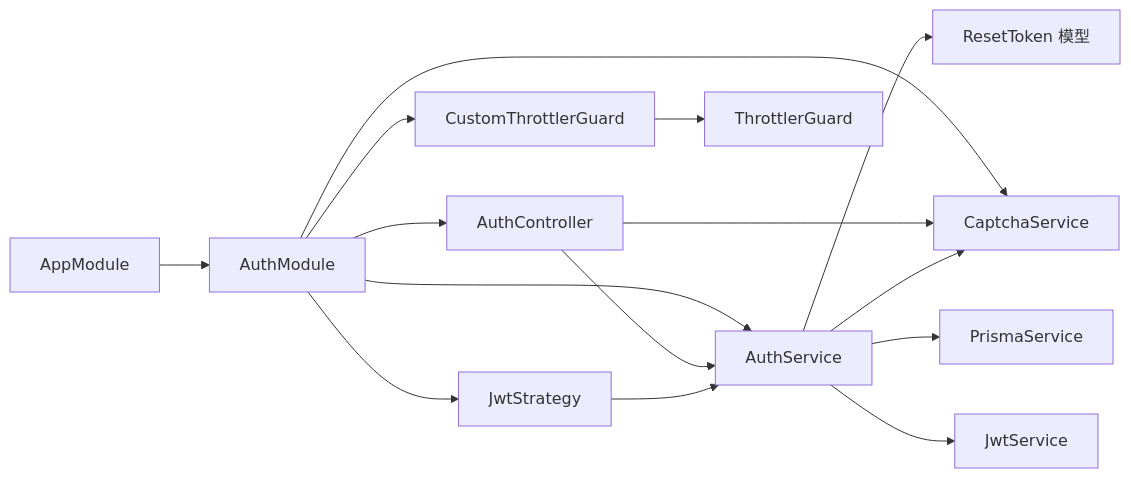
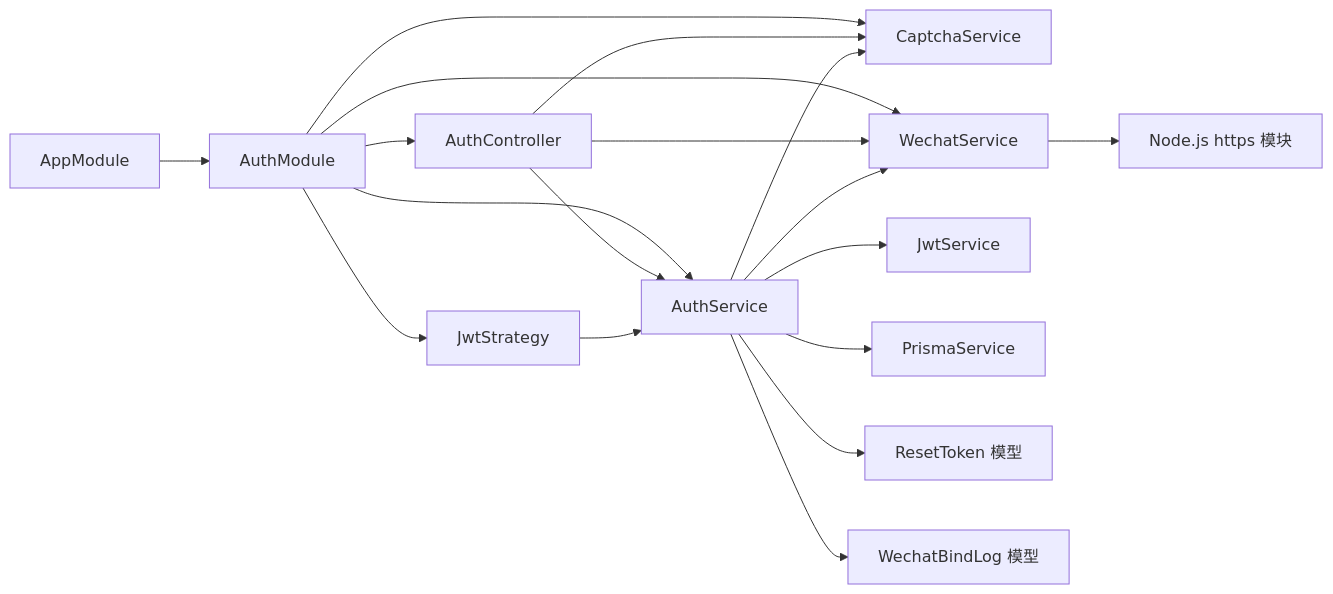
Diagram 15 of 15 in .qoder/repowiki/zh/content/后端开发指南/核心模块详解/认证模块.md (lsqwawa/free-dress), drawn with Mermaid before and after one commit. The commit also changed other lines of this file and 71 other files, not shown here.

````diff
--- a/.qoder/repowiki/zh/content/后端开发指南/核心模块详解/认证模块.md
+++ b/.qoder/repowiki/zh/content/后端开发指南/核心模块详解/认证模块.md
@@ -498,17 +652,20 @@
 ```mermaid
 graph LR
 AppModule["AppModule"] --> AuthModule["AuthModule"]
 AuthModule --> AuthController["AuthController"]
 AuthModule --> AuthService["AuthService"]
 AuthModule --> JwtStrategy["JwtStrategy"]
 AuthModule --> CaptchaService["CaptchaService"]
-AuthModule --> CustomThrottlerGuard["CustomThrottlerGuard"]
+AuthModule --> WechatService["WechatService"]
 AuthController --> AuthService
 AuthController --> CaptchaService
+AuthController --> WechatService
 AuthService --> JwtService["JwtService"]
 AuthService --> PrismaService["PrismaService"]
 AuthService --> CaptchaService
+AuthService --> WechatService
 AuthService --> ResetToken["ResetToken 模型"]
+AuthService --> WechatBindLog["WechatBindLog 模型"]
 JwtStrategy --> AuthService
-CustomThrottlerGuard --> ThrottlerGuard["ThrottlerGuard"]
+WechatService --> Https["Node.js https 模块"]
 ```
````
